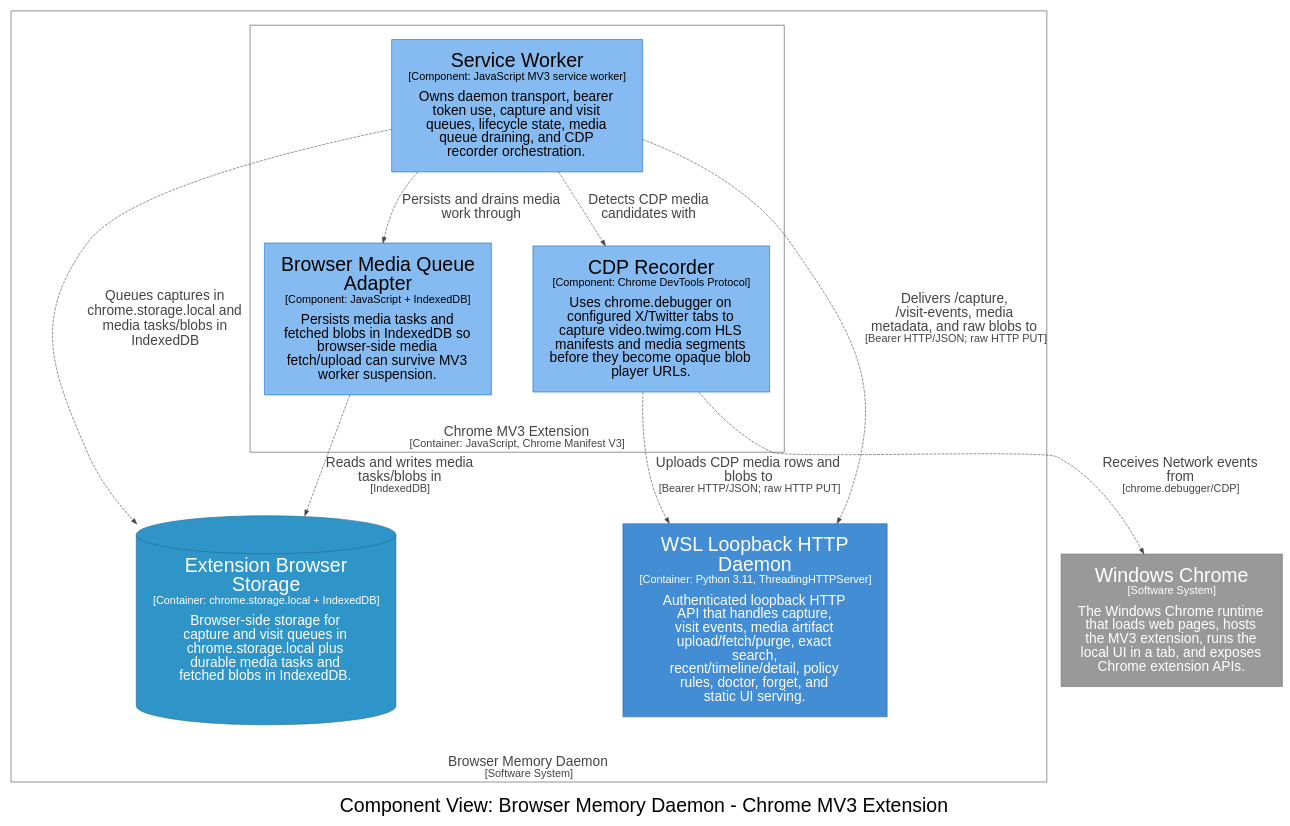
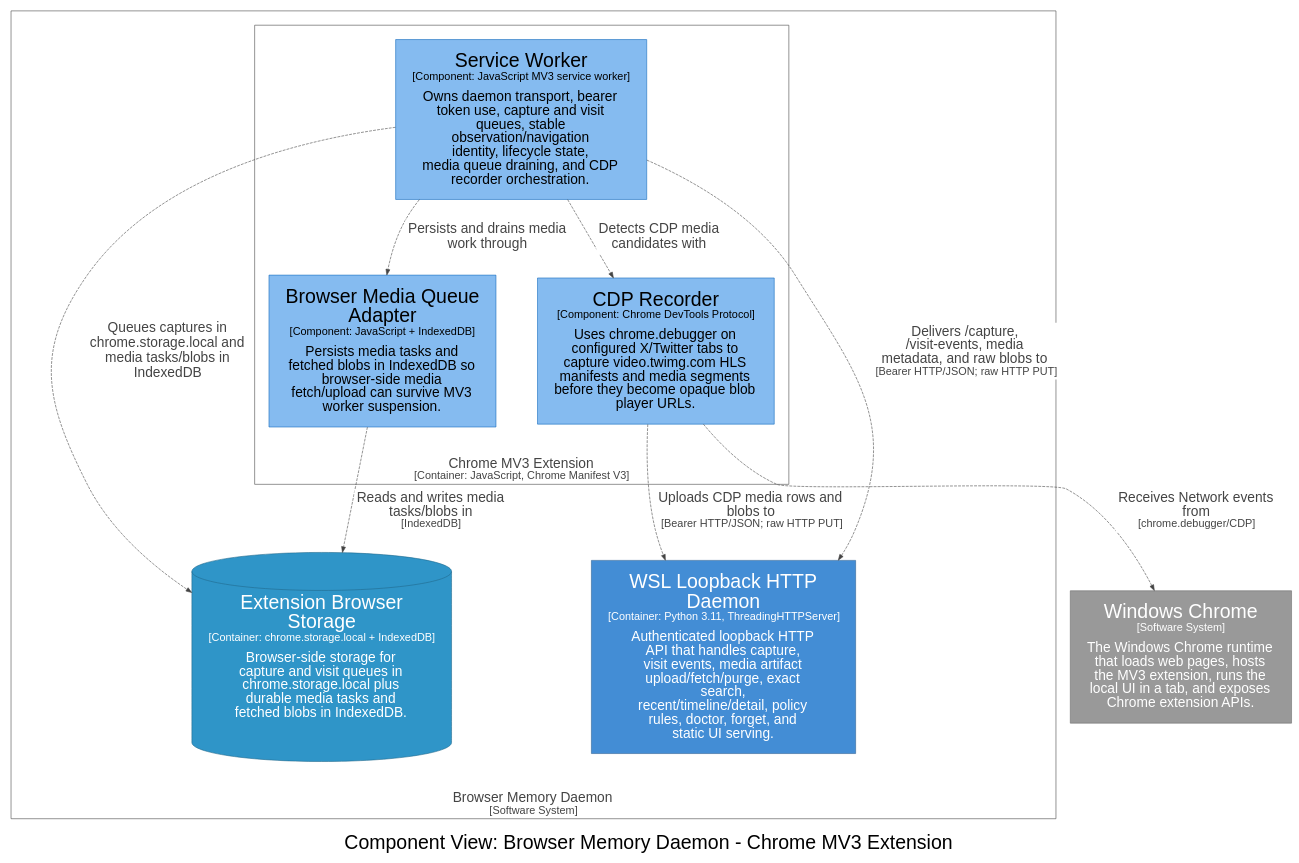
The diagram in docs/architecture/diagrams/dot/structurizr-ExtensionMediaComponents.dot (michaelnicks0/browser-memory-daemon), drawn with Graphviz before and after one commit. The commit also changed 196 other files, not shown here.

```diff
--- a/docs/architecture/diagrams/dot/structurizr-ExtensionMediaComponents.dot
+++ b/docs/architecture/diagrams/dot/structurizr-ExtensionMediaComponents.dot
@@ -1,43 +1,43 @@
 digraph {
   compound=true
   graph [fontname="Arial", rankdir=TB, ranksep=1.0, nodesep=1.0]
   node [fontname="Arial", shape=box, margin="0.4,0.3"]
   edge [fontname="Arial"]
   label=<<br /><font point-size="34">Component View: Browser Memory Daemon - Chrome MV3 Extension</font>>
 
   2 [id=2,shape=rect, label=<<font point-size="34">Windows Chrome</font><br /><font point-size="19">[Software System]</font><br /><br /><font point-size="24">The Windows Chrome runtime<br />that loads web pages, hosts<br />the MV3 extension, runs the<br />local UI in a tab, and exposes<br />Chrome extension APIs.</font>>, style=filled, color="#6b6b6b", fillcolor="#999999", fontcolor="#ffffff"]
 
   subgraph cluster_4 {
     margin=25
     label=<<font point-size="24"><br />Browser Memory Daemon</font><br /><font point-size="19">[Software System]</font>>
     labelloc=b
     color="#444444"
     fontcolor="#444444"
     fillcolor="#444444"
 
     subgraph cluster_5 {
       margin=25
       label=<<font point-size="24"><br />Chrome MV3 Extension</font><br /><font point-size="19">[Container: JavaScript, Chrome Manifest V3]</font>>
       labelloc=b
       color="#444444"
       fontcolor="#444444"
       fillcolor="#444444"
 
       10 [id=10,shape=rect, label=<<font point-size="34">Browser Media Queue<br />Adapter</font><br /><font point-size="19">[Component: JavaScript + IndexedDB]</font><br /><br /><font point-size="24">Persists media tasks and<br />fetched blobs in IndexedDB so<br />browser-side media<br />fetch/upload can survive MV3<br />worker suspension.</font>>, style=filled, color="#1168bd", fillcolor="#85bbf0", fontcolor="#000000"]
       11 [id=11,shape=rect, label=<<font point-size="34">CDP Recorder</font><br /><font point-size="19">[Component: Chrome DevTools Protocol]</font><br /><br /><font point-size="24">Uses chrome.debugger on<br />configured X/Twitter tabs to<br />capture video.twimg.com HLS<br />manifests and media segments<br />before they become opaque blob<br />player URLs.</font>>, style=filled, color="#1168bd", fillcolor="#85bbf0", fontcolor="#000000"]
-      9 [id=9,shape=rect, label=<<font point-size="34">Service Worker</font><br /><font point-size="19">[Component: JavaScript MV3 service worker]</font><br /><br /><font point-size="24">Owns daemon transport, bearer<br />token use, capture and visit<br />queues, lifecycle state, media<br />queue draining, and CDP<br />recorder orchestration.</font>>, style=filled, color="#1168bd", fillcolor="#85bbf0", fontcolor="#000000"]
+      9 [id=9,shape=rect, label=<<font point-size="34">Service Worker</font><br /><font point-size="19">[Component: JavaScript MV3 service worker]</font><br /><br /><font point-size="24">Owns daemon transport, bearer<br />token use, capture and visit<br />queues, stable<br />observation/navigation<br />identity, lifecycle state,<br />media queue draining, and CDP<br />recorder orchestration.</font>>, style=filled, color="#1168bd", fillcolor="#85bbf0", fontcolor="#000000"]
     }
 
     13 [id=13,shape=cylinder, label=<<font point-size="34">Extension Browser<br />Storage</font><br /><font point-size="19">[Container: chrome.storage.local + IndexedDB]</font><br /><br /><font point-size="24">Browser-side storage for<br />capture and visit queues in<br />chrome.storage.local plus<br />durable media tasks and<br />fetched blobs in IndexedDB.</font>>, style=filled, color="#20688c", fillcolor="#2f95c8", fontcolor="#ffffff"]
     14 [id=14,shape=rect, label=<<font point-size="34">WSL Loopback HTTP<br />Daemon</font><br /><font point-size="19">[Container: Python 3.11, ThreadingHTTPServer]</font><br /><br /><font point-size="24">Authenticated loopback HTTP<br />API that handles capture,<br />visit events, media artifact<br />upload/fetch/purge, exact<br />search,<br />recent/timeline/detail, policy<br />rules, doctor, forget, and<br />static UI serving.</font>>, style=filled, color="#2e6295", fillcolor="#438dd5", fontcolor="#ffffff"]
   }
 
-  9 -> 13 [id=52, label=<<font point-size="24">Queues captures in<br />chrome.storage.local and<br />media tasks/blobs in<br />IndexedDB</font>>, style="dashed", color="#444444", fontcolor="#444444"]
-  9 -> 14 [id=53, label=<<font point-size="24">Delivers /capture,<br />/visit-events, media<br />metadata, and raw blobs to</font><br /><font point-size="19">[Bearer HTTP/JSON; raw HTTP PUT]</font>>, style="dashed", color="#444444", fontcolor="#444444"]
-  9 -> 10 [id=54, label=<<font point-size="24">Persists and drains media<br />work through</font>>, style="dashed", color="#444444", fontcolor="#444444"]
-  10 -> 13 [id=55, label=<<font point-size="24">Reads and writes media<br />tasks/blobs in</font><br /><font point-size="19">[IndexedDB]</font>>, style="dashed", color="#444444", fontcolor="#444444"]
-  9 -> 11 [id=56, label=<<font point-size="24">Detects CDP media<br />candidates with</font>>, style="dashed", color="#444444", fontcolor="#444444"]
-  11 -> 2 [id=58, label=<<font point-size="24">Receives Network events<br />from</font><br /><font point-size="19">[chrome.debugger/CDP]</font>>, style="dashed", color="#444444", fontcolor="#444444"]
-  11 -> 14 [id=59, label=<<font point-size="24">Uploads CDP media rows and<br />blobs to</font><br /><font point-size="19">[Bearer HTTP/JSON; raw HTTP PUT]</font>>, style="dashed", color="#444444", fontcolor="#444444"]
+  9 -> 13 [id=53, label=<<TABLE BORDER="0" CELLBORDER="0" CELLSPACING="0" CELLPADDING="4" BGCOLOR="white"><TR><TD><font point-size="24">Queues captures in<br />chrome.storage.local and<br />media tasks/blobs in<br />IndexedDB</font></TD></TR></TABLE>>, style="dashed", color="#444444", fontcolor="#444444"]
+  9 -> 14 [id=54, label=<<TABLE BORDER="0" CELLBORDER="0" CELLSPACING="0" CELLPADDING="4" BGCOLOR="white"><TR><TD><font point-size="24">Delivers /capture,<br />/visit-events, media<br />metadata, and raw blobs to</font><br /><font point-size="19">[Bearer HTTP/JSON; raw HTTP PUT]</font></TD></TR></TABLE>>, style="dashed", color="#444444", fontcolor="#444444"]
+  9 -> 10 [id=55, label=<<TABLE BORDER="0" CELLBORDER="0" CELLSPACING="0" CELLPADDING="4" BGCOLOR="white"><TR><TD><font point-size="24">Persists and drains media<br />work through</font></TD></TR></TABLE>>, style="dashed", color="#444444", fontcolor="#444444"]
+  10 -> 13 [id=56, label=<<TABLE BORDER="0" CELLBORDER="0" CELLSPACING="0" CELLPADDING="4" BGCOLOR="white"><TR><TD><font point-size="24">Reads and writes media<br />tasks/blobs in</font><br /><font point-size="19">[IndexedDB]</font></TD></TR></TABLE>>, style="dashed", color="#444444", fontcolor="#444444"]
+  9 -> 11 [id=57, label=<<TABLE BORDER="0" CELLBORDER="0" CELLSPACING="0" CELLPADDING="4" BGCOLOR="white"><TR><TD><font point-size="24">Detects CDP media<br />candidates with</font></TD></TR></TABLE>>, style="dashed", color="#444444", fontcolor="#444444"]
+  11 -> 2 [id=59, label=<<TABLE BORDER="0" CELLBORDER="0" CELLSPACING="0" CELLPADDING="4" BGCOLOR="white"><TR><TD><font point-size="24">Receives Network events<br />from</font><br /><font point-size="19">[chrome.debugger/CDP]</font></TD></TR></TABLE>>, style="dashed", color="#444444", fontcolor="#444444"]
+  11 -> 14 [id=60, label=<<TABLE BORDER="0" CELLBORDER="0" CELLSPACING="0" CELLPADDING="4" BGCOLOR="white"><TR><TD><font point-size="24">Uploads CDP media rows and<br />blobs to</font><br /><font point-size="19">[Bearer HTTP/JSON; raw HTTP PUT]</font></TD></TR></TABLE>>, style="dashed", color="#444444", fontcolor="#444444"]
 
 }
```
